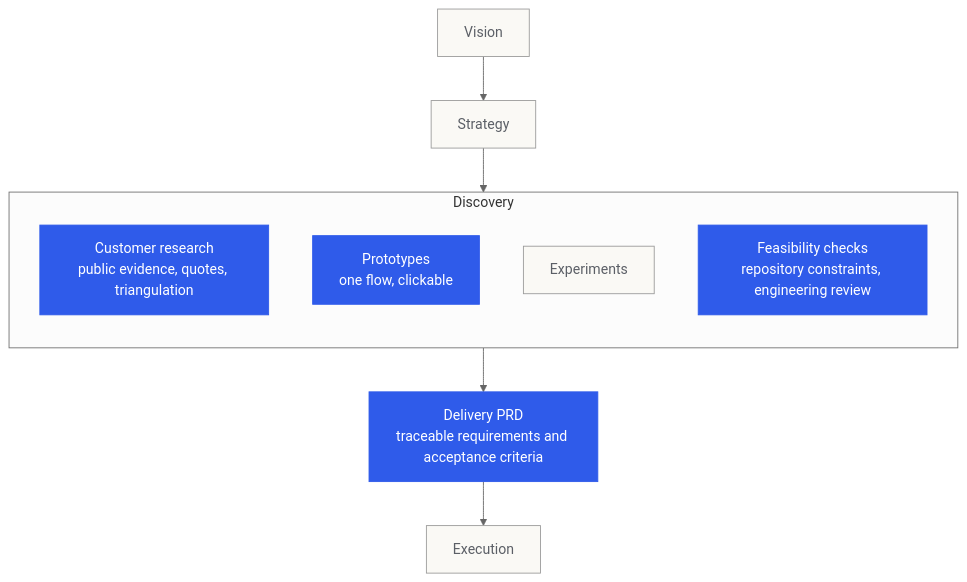
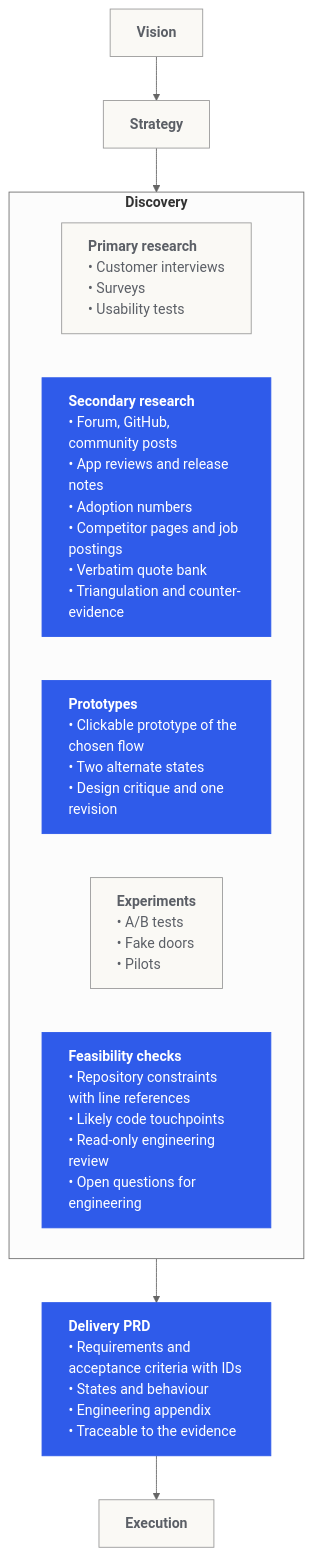
The first of 3 diagrams in README.md (niancilyu-2/eyp-pm), drawn with Mermaid (neutral theme) before and after one commit. The commit also changed other lines of this file, not shown here.

Commit message:
README: lifecycle diagram with primary and secondary research and bulleted tasks

````diff
--- a/README.md
+++ b/README.md
@@ -37,19 +37,19 @@
 ```mermaid
 flowchart TB
-  V["Vision"] --> S["Strategy"]
+  V["<b>Vision</b>"] --> S["<b>Strategy</b>"]
   S --> D
-  subgraph D["Discovery"]
-    direction TB
-    CR["Customer research<br/>public evidence, quotes, triangulation"]
-    PT["Prototypes<br/>one flow, clickable"]
-    EX["Experiments"]
-    FC["Feasibility checks<br/>repository constraints, engineering review"]
+  subgraph D["<b>Discovery</b>"]
+    direction LR
+    PR["<b>Primary research</b><br/>• Customer interviews<br/>• Surveys<br/>• Usability tests"]
+    SR["<b>Secondary research</b><br/>• Forum, GitHub, community posts<br/>• App reviews and release notes<br/>• Adoption numbers<br/>• Competitor pages and job postings<br/>• Verbatim quote bank<br/>• Triangulation and counter-evidence"]
+    PT["<b>Prototypes</b><br/>• Clickable prototype of the chosen flow<br/>• Two alternate states<br/>• Design critique and one revision"]
+    EX["<b>Experiments</b><br/>• A/B tests<br/>• Fake doors<br/>• Pilots"]
+    FC["<b>Feasibility checks</b><br/>• Repository constraints with line references<br/>• Likely code touchpoints<br/>• Read-only engineering review<br/>• Open questions for engineering"]
   end
-  D --> P["Delivery PRD<br/>traceable requirements and acceptance criteria"]
-  P --> E["Execution"]
-  classDef covered fill:#2F5BEA,stroke:#2F5BEA,color:#FFFFFF
-  classDef partial fill:#DCE3F9,stroke:#2F5BEA,color:#1A1A1A
-  classDef outside fill:#FAF9F5,stroke:#9A9A9A,color:#5B5F66
-  class CR,PT,FC,P covered
-  class V,S,EX,E outside
+  D --> P["<b>Delivery PRD</b><br/>• Requirements and acceptance criteria with IDs<br/>• States and behaviour<br/>• Engineering appendix<br/>• Traceable to the evidence"]
+  P --> E["<b>Execution</b>"]
+  classDef covered fill:#2F5BEA,stroke:#2F5BEA,color:#FFFFFF,text-align:left
+  classDef outside fill:#FAF9F5,stroke:#9A9A9A,color:#5B5F66,text-align:left
+  class SR,PT,FC,P covered
+  class V,S,PR,EX,E outside
 ```
````
